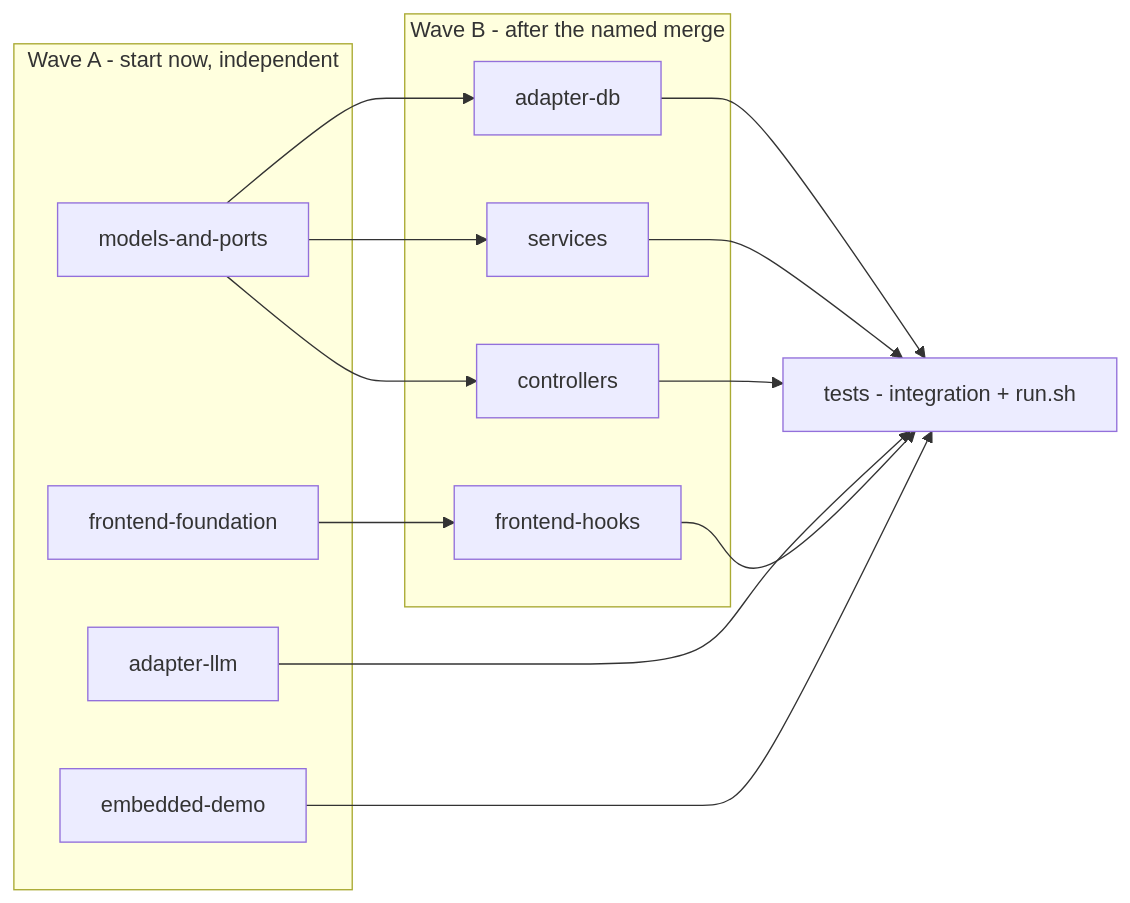
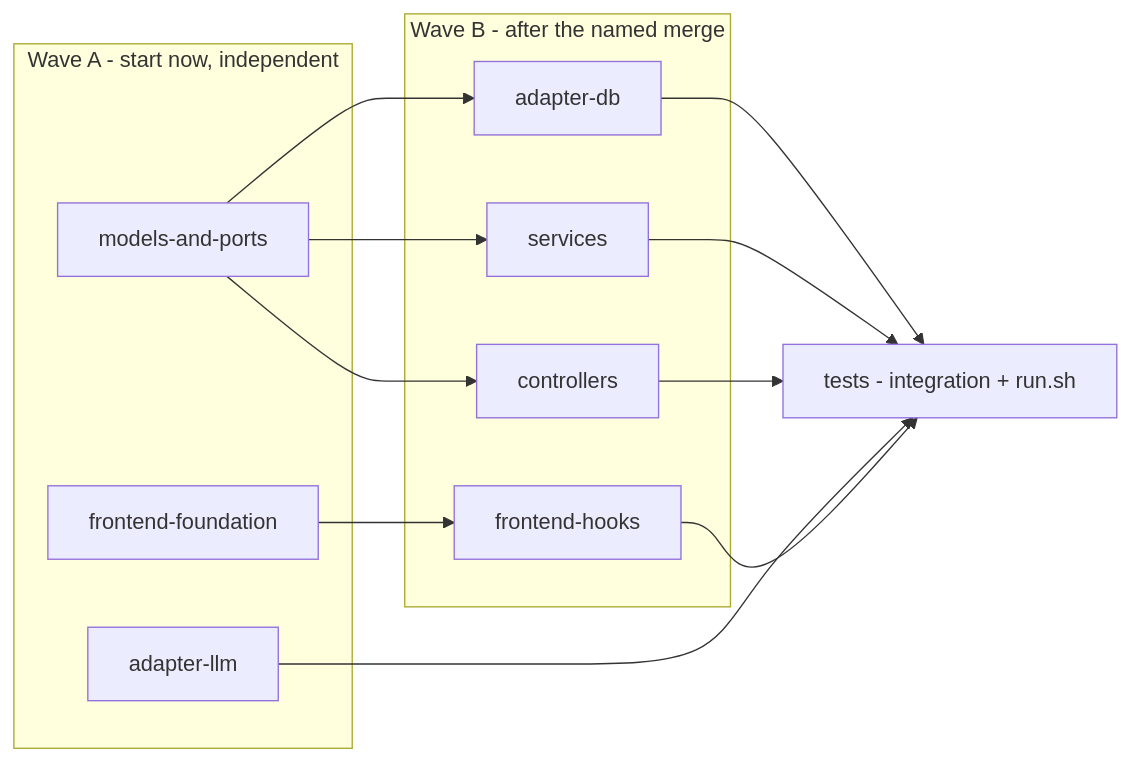
Before and after one commit to veiston/Junction2026: the diagram in docs/tasks/README.md, drawn with Mermaid. The commit also changed other lines of this file and 11 other files, not shown here.

Commit message:
docs: remove embedded-demo references from docs, scripts and the API comment

````diff
--- a/docs/tasks/README.md
+++ b/docs/tasks/README.md
@@ -27,26 +27,24 @@
 ```mermaid
 flowchart LR
   subgraph A[Wave A - start now, independent]
     MP[models-and-ports]
     LLM[adapter-llm]
     FF[frontend-foundation]
-    ED[embedded-demo]
   end
   subgraph B[Wave B - after the named merge]
     DB[adapter-db]
     SV[services]
     CT[controllers]
     FH[frontend-hooks]
   end
   T[tests - integration + run.sh]
   MP --> DB
   MP --> SV
   MP --> CT
   FF --> FH
   DB --> T
   SV --> T
   CT --> T
   LLM --> T
   FH --> T
-  ED --> T
 ```
````
